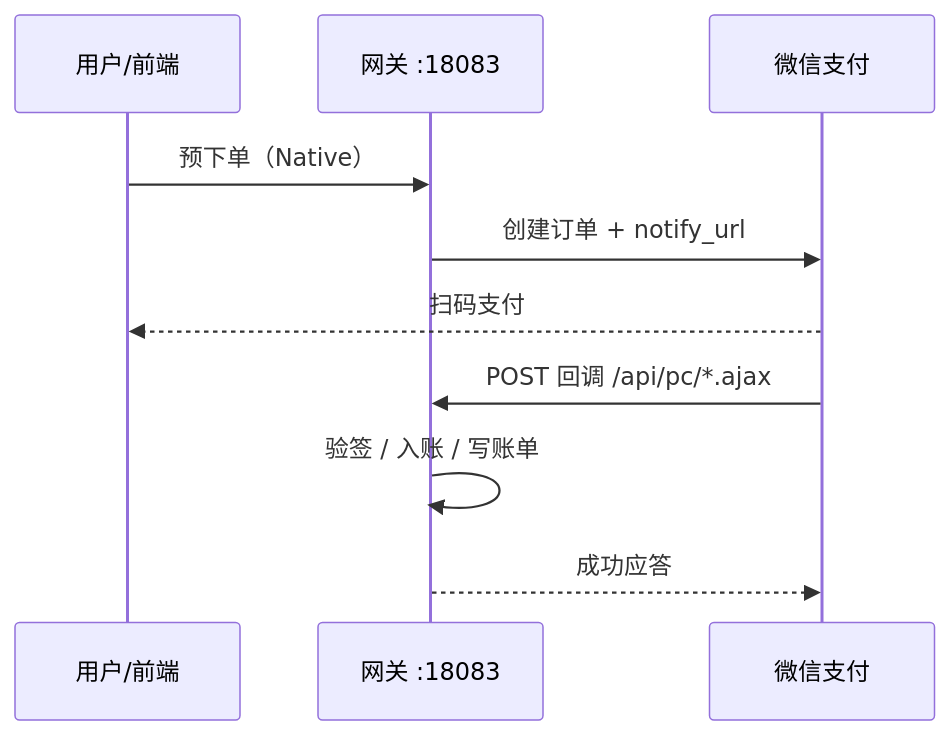
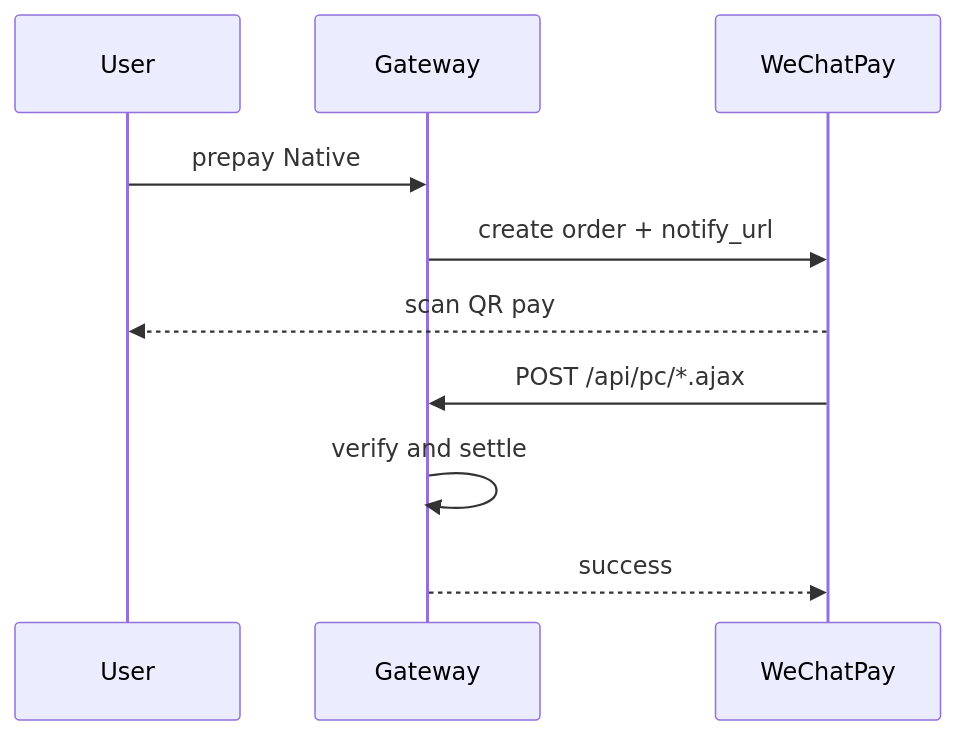
Before and after one commit to TZTANG97/utoo-pydjango: the fifth of 6 diagrams in README.md, drawn with Mermaid. The commit also changed other lines of this file, not shown here.

Commit message:
docs: use GitLab-compatible Mermaid graph syntax in README.

````diff
--- a/README.md
+++ b/README.md
@@ -263,12 +254,12 @@
 ```mermaid
 sequenceDiagram
-  participant U as 用户/前端
-  participant GW as 网关 :18083
-  participant WX as 微信支付
-  U->>GW: 预下单（Native）
-  GW->>WX: 创建订单 + notify_url
-  WX-->>U: 扫码支付
-  WX->>GW: POST 回调 /api/pc/*.ajax
-  GW->>GW: 验签 / 入账 / 写账单
-  GW-->>WX: 成功应答
+  participant U as User
+  participant GW as Gateway
+  participant WX as WeChatPay
+  U->>GW: prepay Native
+  GW->>WX: create order + notify_url
+  WX-->>U: scan QR pay
+  WX->>GW: POST /api/pc/*.ajax
+  GW->>GW: verify and settle
+  GW-->>WX: success
 ```
````
